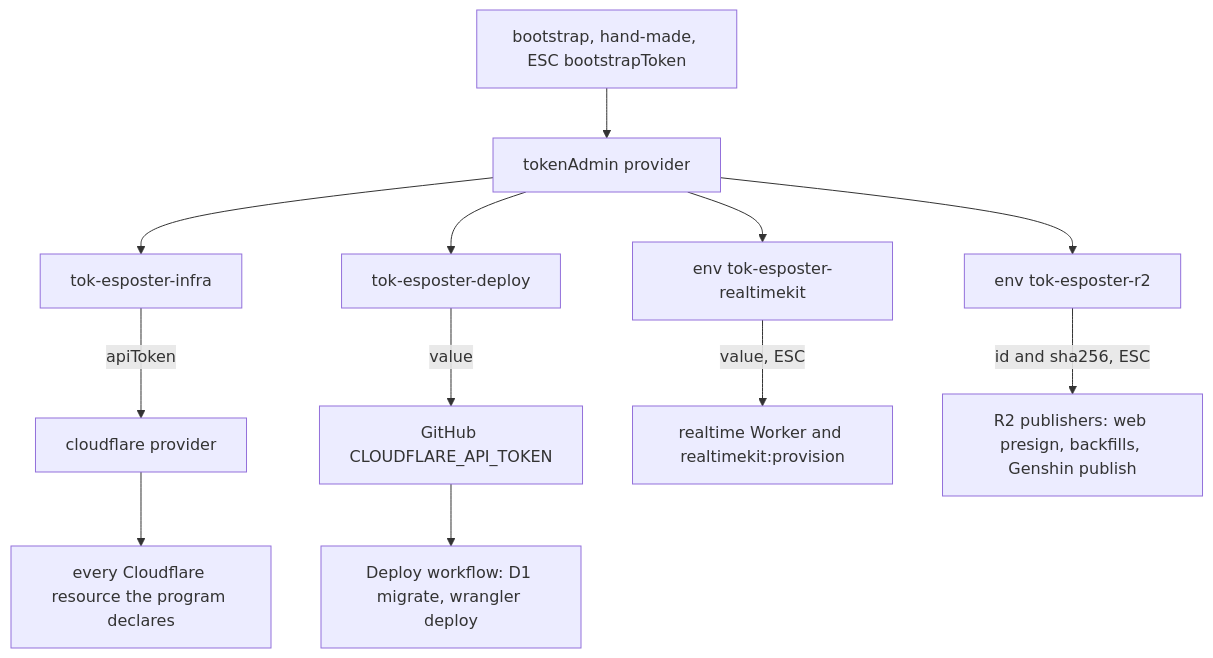
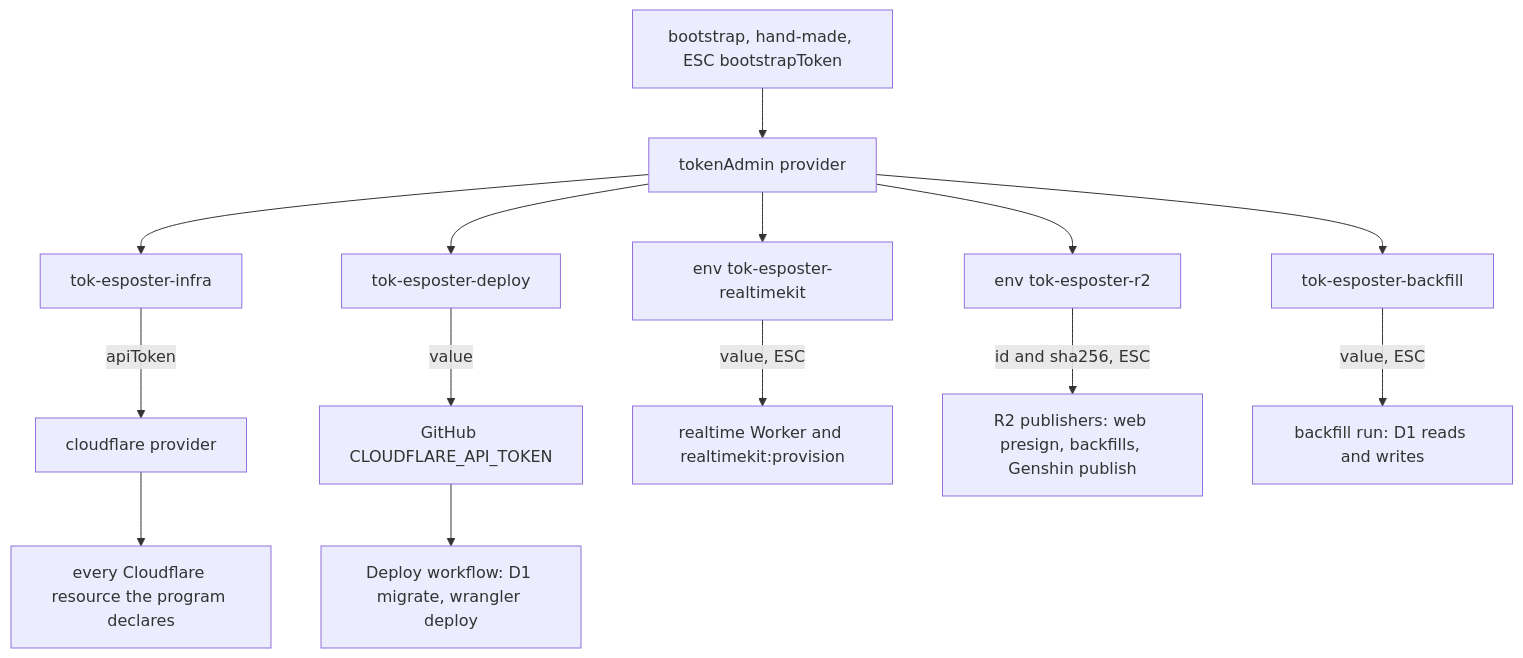
The diagram in openspec/changes/infra-tokens-as-code/design.md (Esposter/Esposter), drawn with Mermaid before and after one commit. The commit also changed other lines of this file and 6 other files, not shown here.

First line of the commit message:
feat(infra): a backfill's D1 access is an account token with the D1 group alone, its value a stack output for ESC

````diff
--- a/openspec/changes/infra-tokens-as-code/design.md
+++ b/openspec/changes/infra-tokens-as-code/design.md
@@ -25,14 +26,16 @@
 ```mermaid
 flowchart TD
   boot["bootstrap, hand-made, ESC bootstrapToken"] --> admin["tokenAdmin provider"]
   admin --> infraTok["tok-esposter-infra"]
   admin --> deployTok["tok-esposter-deploy"]
   admin --> rtkTok["env tok-esposter-realtimekit"]
   admin --> r2Tok["env tok-esposter-r2"]
+  admin --> backfillTok["tok-esposter-backfill"]
   infraTok -->|"apiToken"| provider["cloudflare provider"]
   provider --> resources["every Cloudflare resource the program declares"]
   deployTok -->|"value"| ghSecret["GitHub CLOUDFLARE_API_TOKEN"]
   ghSecret --> deploy["Deploy workflow: D1 migrate, wrangler deploy"]
   rtkTok -->|"value, ESC"| rtk["realtime Worker and realtimekit:provision"]
   r2Tok -->|"id and sha256, ESC"| r2["R2 publishers: web presign, backfills, Genshin publish"]
+  backfillTok -->|"value, ESC"| backfill["backfill run: D1 reads and writes"]
 ```
````
